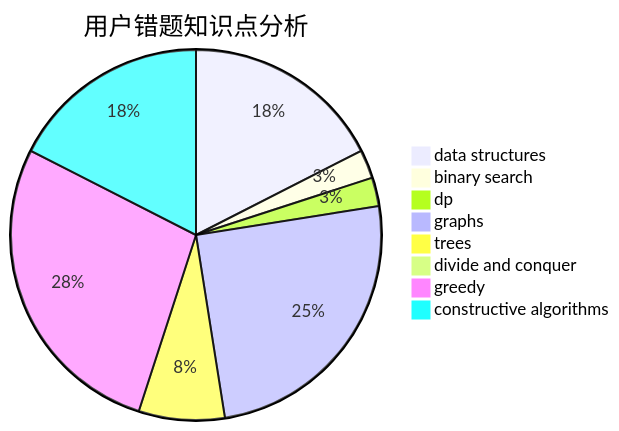
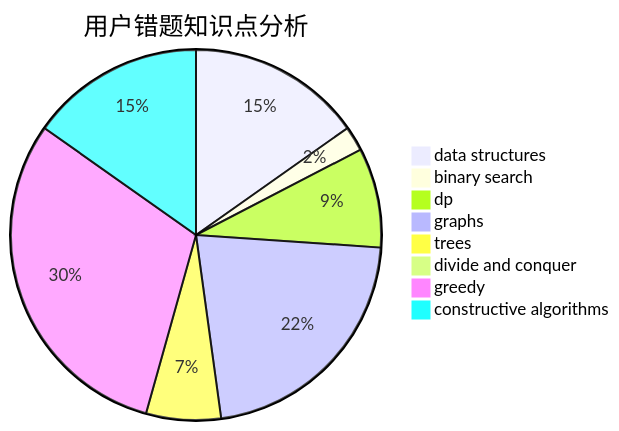
The third of 3 diagrams in docs/user/u1848.md (sherpahu/cfrs.github.io), drawn with Mermaid before and after one commit. The commit also changed other lines of this file and 2770 other files, not shown here.

````diff
--- a/docs/user/u1848.md
+++ b/docs/user/u1848.md
@@ -36,11 +36,11 @@
 ```mermaid
 pie title 用户错题知识点分析
     "data structures" :  7
     "binary search" :  1
-    "dp" :  1
+    "dp" :  4
     "graphs" :  10
     "trees" :  3
     "divide and conquer" :  0
-    "greedy" :  11
+    "greedy" :  14
     "constructive algorithms" :  7
 ```
````
